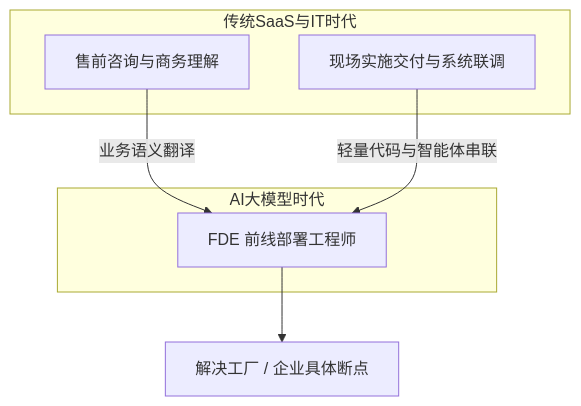
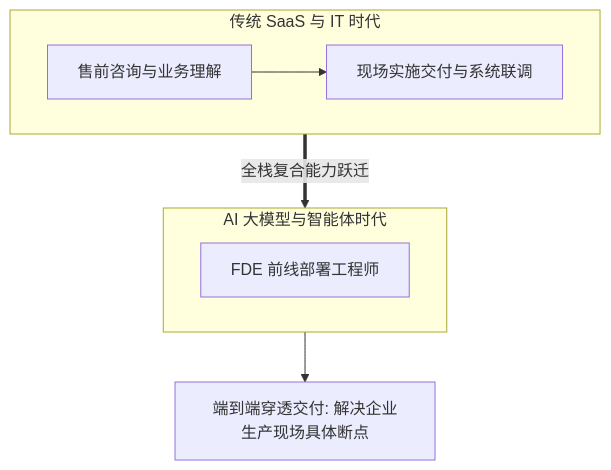
The first of 2 diagrams in content/live-20261102-01.md (dollarser/knowledge), drawn with Mermaid before and after one commit. The commit also changed other lines of this file and 10 other files, not shown here.

Commit message:
style: verticalize all mermaid diagrams and add mindmap architecture

````diff
--- a/content/live-20261102-01.md
+++ b/content/live-20261102-01.md
@@ -11,13 +11,15 @@
 ```mermaid
 flowchart TD
-    subgraph 传统SaaS与IT时代
-        A1["售前咨询与商务理解"] 
+    subgraph Era1["传统 SaaS 与 IT 时代"]
+        A1["售前咨询与业务理解"] 
         A2["现场实施交付与系统联调"]
+        A1 --> A2
     end
-    subgraph AI大模型时代
+    
+    subgraph Era2["AI 大模型与智能体时代"]
         B["FDE 前线部署工程师"]
     end
-    A1 -->|业务语义翻译| B
-    A2 -->|轻量代码与智能体串联| B
-    B --> C["解决工厂 / 企业具体断点"]
+    
+    Era1 ==>|全栈复合能力跃迁| Era2
+    Era2 --> C["端到端穿透交付: 解决企业生产现场具体断点"]
 ```
````
